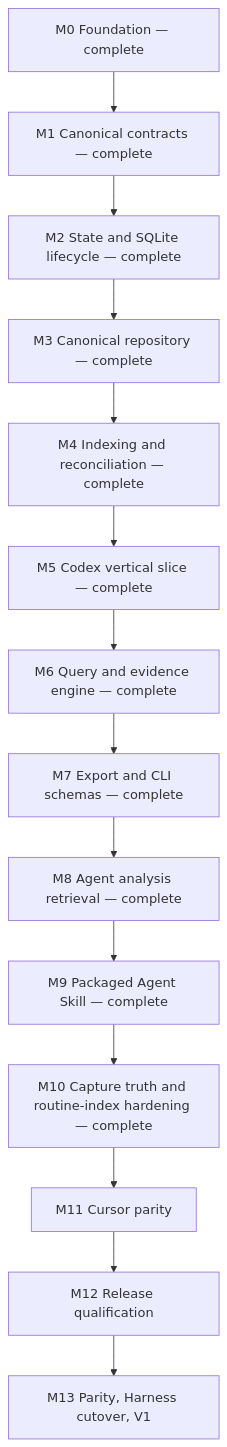
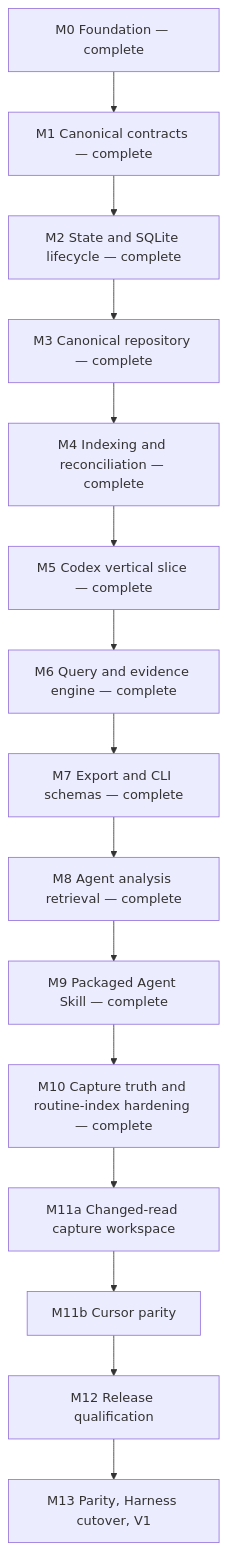
One commit to ferueda/sessions changed the diagram in dev/plans/260713-v1-implementation-roadmap.md. Above: the diagram before and after it, drawn with Mermaid. The commit also changed other lines of this file and 6 other files, not shown here.

````diff
--- a/dev/plans/260713-v1-implementation-roadmap.md
+++ b/dev/plans/260713-v1-implementation-roadmap.md
@@ -209,16 +213,17 @@
 ```mermaid
 flowchart TD
   M0["M0 Foundation — complete"] --> M1["M1 Canonical contracts — complete"]
   M1 --> M2["M2 State and SQLite lifecycle — complete"]
   M2 --> M3["M3 Canonical repository — complete"]
   M3 --> M4["M4 Indexing and reconciliation — complete"]
   M4 --> M5["M5 Codex vertical slice — complete"]
   M5 --> M6["M6 Query and evidence engine — complete"]
   M6 --> M7["M7 Export and CLI schemas — complete"]
   M7 --> M8["M8 Agent analysis retrieval — complete"]
   M8 --> M9["M9 Packaged Agent Skill — complete"]
   M9 --> M10["M10 Capture truth and routine-index hardening — complete"]
-  M10 --> M11["M11 Cursor parity"]
-  M11 --> M12["M12 Release qualification"]
+  M10 --> M11A["M11a Changed-read capture workspace"]
+  M11A --> M11B["M11b Cursor parity"]
+  M11B --> M12["M12 Release qualification"]
   M12 --> M13["M13 Parity, Harness cutover, V1"]
 ```
````
